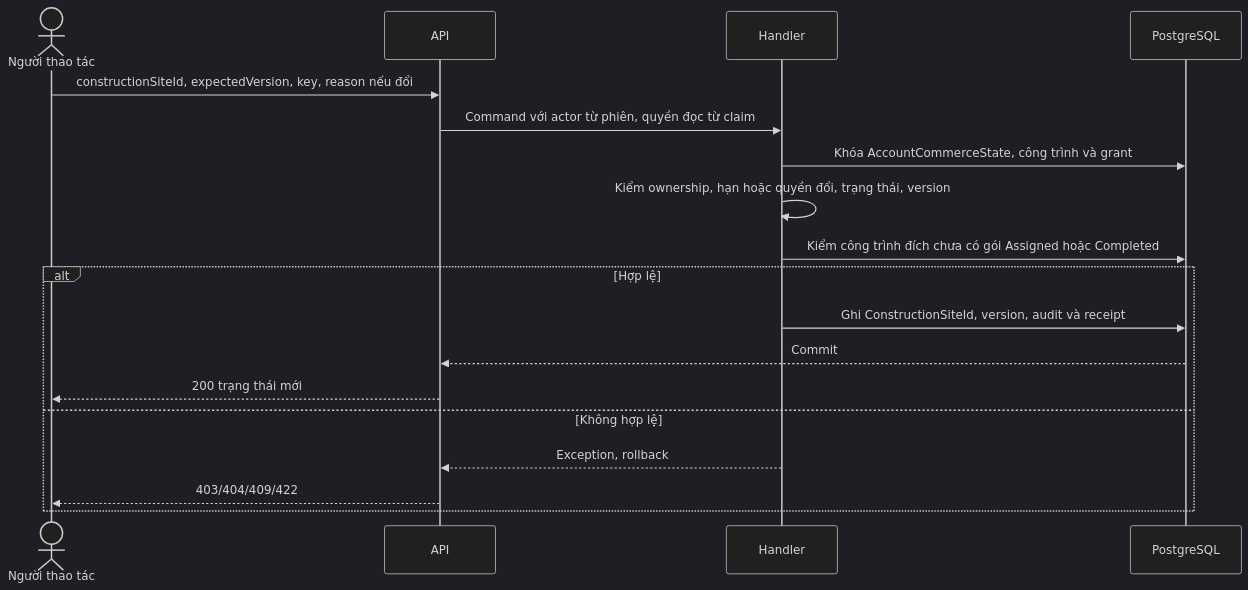
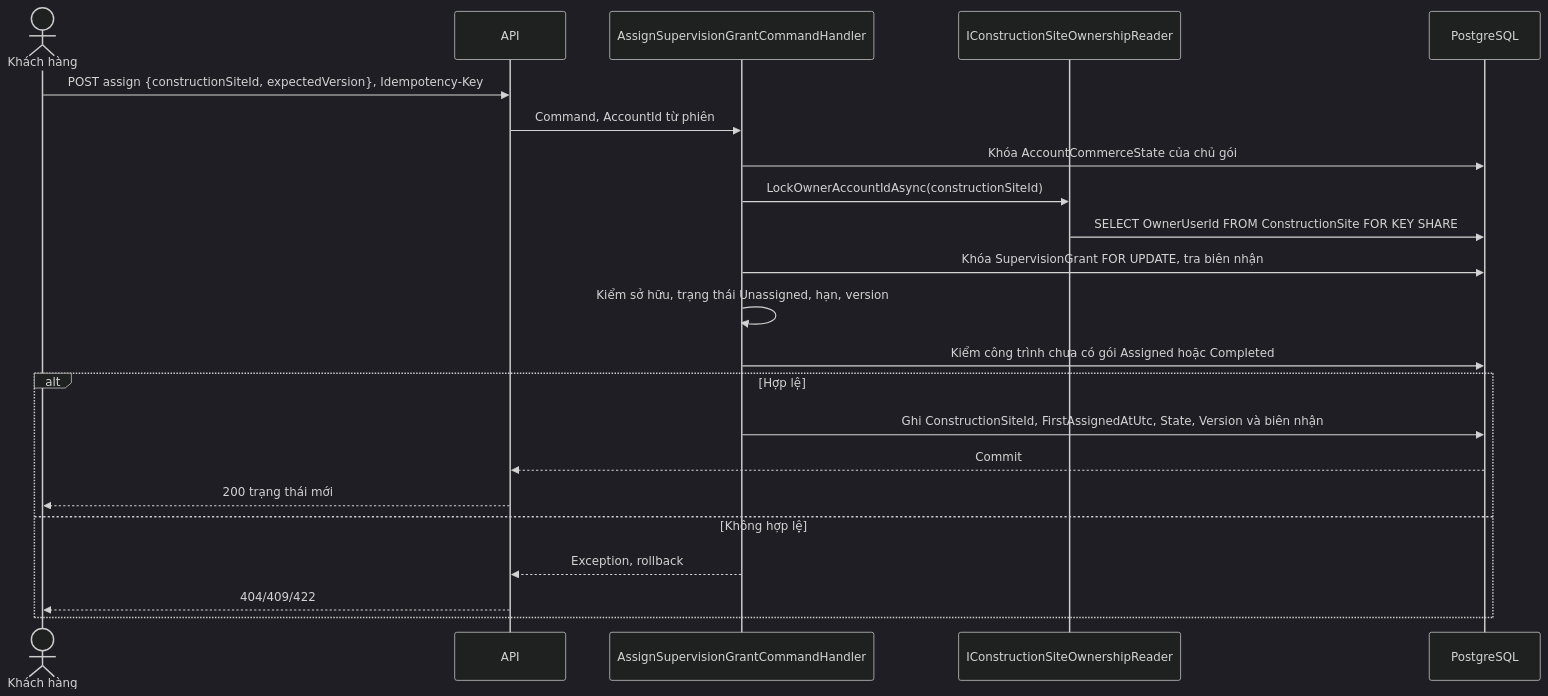
Before and after one commit to TaskCoper/bmt-documentation: the second of 5 diagrams in tdd/TDD-SUB-004.md, drawn with Mermaid (dark theme). The commit also changed other lines of this file and 15 other files, not shown here.

````diff
--- a/tdd/TDD-SUB-004.md
+++ b/tdd/TDD-SUB-004.md
@@ -120,20 +133,24 @@
 ```mermaid
 sequenceDiagram
-    actor U as Người thao tác
+    actor U as Khách hàng
     participant A as API
-    participant H as Handler
+    participant H as AssignSupervisionGrantCommandHandler
+    participant O as IConstructionSiteOwnershipReader
     participant D as PostgreSQL
-    U->>A: constructionSiteId, expectedVersion, key, reason nếu đổi
-    A->>H: Command với actor từ phiên, quyền đọc từ claim
-    H->>D: Khóa AccountCommerceState, công trình và grant
-    H->>H: Kiểm ownership, hạn hoặc quyền đổi, trạng thái, version
-    H->>D: Kiểm công trình đích chưa có gói Assigned hoặc Completed
+    U->>A: POST assign {constructionSiteId, expectedVersion}, Idempotency-Key
+    A->>H: Command, AccountId từ phiên
+    H->>D: Khóa AccountCommerceState của chủ gói
+    H->>O: LockOwnerAccountIdAsync(constructionSiteId)
+    O->>D: SELECT OwnerUserId FROM ConstructionSite FOR KEY SHARE
+    H->>D: Khóa SupervisionGrant FOR UPDATE, tra biên nhận
+    H->>H: Kiểm sở hữu, trạng thái Unassigned, hạn, version
+    H->>D: Kiểm công trình chưa có gói Assigned hoặc Completed
     alt Hợp lệ
-      H->>D: Ghi ConstructionSiteId, version, audit và receipt
+      H->>D: Ghi ConstructionSiteId, FirstAssignedAtUtc, State, Version và biên nhận
       D-->>A: Commit
       A-->>U: 200 trạng thái mới
     else Không hợp lệ
       H-->>A: Exception, rollback
-      A-->>U: 403/404/409/422
+      A-->>U: 404/409/422
     end
 ```
````
